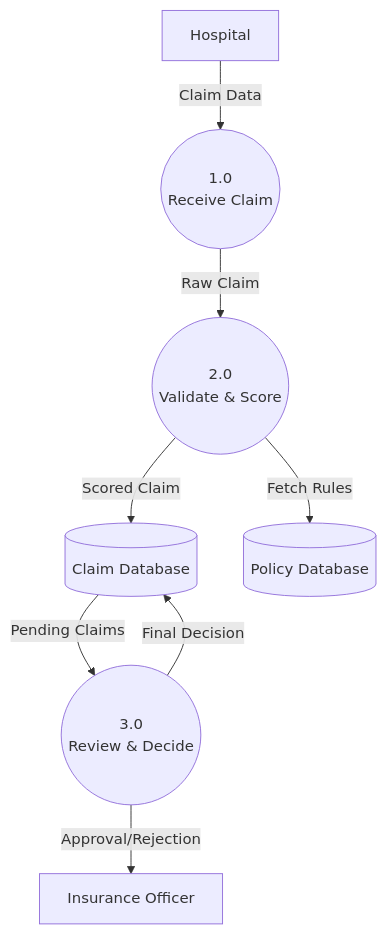
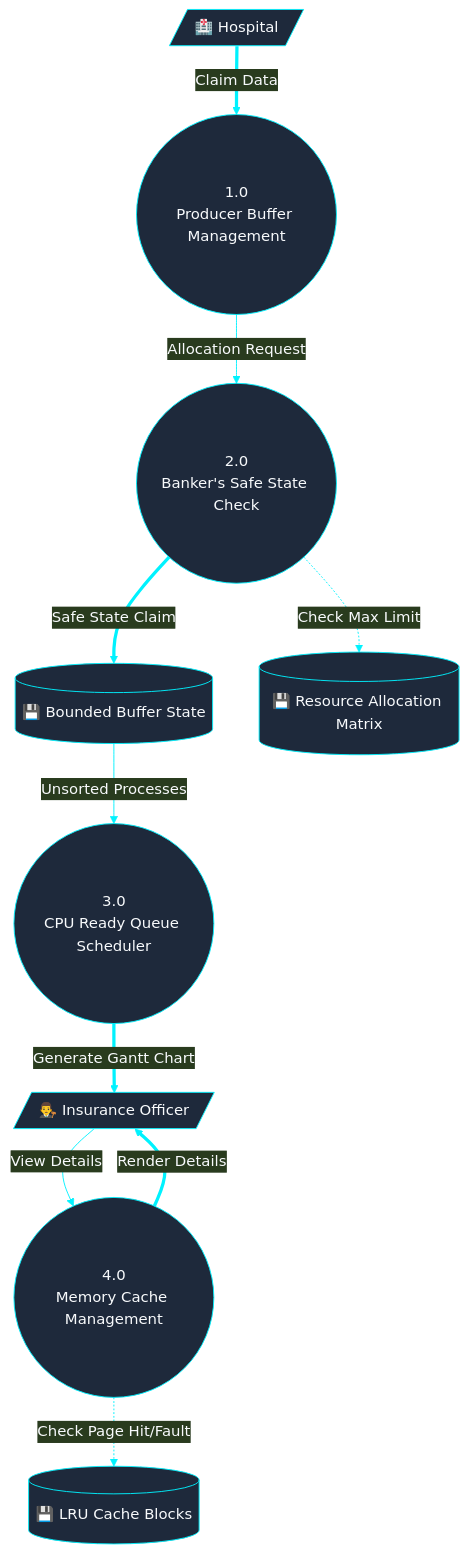
One commit to AhmerKhanNiazi/CCP-OS-THEORY changed the third of 3 diagrams in Project_Report.md. Above: the diagram before and after it, drawn with Mermaid. The commit also changed other lines of this file and 20 other files, not shown here.

````diff
--- a/Project_Report.md
+++ b/Project_Report.md
@@ -138,21 +166,27 @@
 ```mermaid
+%%{init: {'theme': 'base', 'themeVariables': { 'primaryColor': '#1e293b', 'primaryTextColor': '#f8fafc', 'primaryBorderColor': '#00f2fe', 'lineColor': '#00f2fe', 'tertiaryColor': '#0f172a'}}}%%
 flowchart TD
-    HOSPITAL[Hospital]
-    OFFICER[Insurance Officer]
+    HOSPITAL[/"🏥 Hospital"/]
+    OFFICER[/"👨‍⚖️ Insurance Officer"/]
     
-    P1((1.0\nReceive Claim))
-    P2((2.0\nValidate & Score))
-    P3((3.0\nReview & Decide))
+    P1(("1.0\nProducer Buffer Management"))
+    P2(("2.0\nBanker's Safe State Check"))
+    P3(("3.0\nCPU Ready Queue Scheduler"))
+    P4(("4.0\nMemory Cache Management"))
     
-    DB1[(Claim Database)]
-    DB2[(Policy Database)]
+    DB1[("💾 Bounded Buffer State")]
+    DB2[("💾 Resource Allocation Matrix")]
+    DB3[("💾 LRU Cache Blocks")]
 
-    HOSPITAL -- Claim Data --> P1
-    P1 -- Raw Claim --> P2
-    P2 -- Fetch Rules --> DB2
-    P2 -- Scored Claim --> DB1
+    HOSPITAL == "Claim Data" ==> P1
+    P1 -- "Allocation Request" --> P2
+    P2 -. "Check Max Limit" .-> DB2
+    P2 == "Safe State Claim" ==> DB1
     
-    DB1 -- Pending Claims --> P3
-    P3 -- Final Decision --> DB1
-    P3 -- Approval/Rejection --> OFFICER
+    DB1 -- "Unsorted Processes" --> P3
+    P3 == "Generate Gantt Chart" ==> OFFICER
+    
+    OFFICER -- "View Details" --> P4
+    P4 -. "Check Page Hit/Fault" .-> DB3
+    P4 == "Render Details" ==> OFFICER
 ```
````
